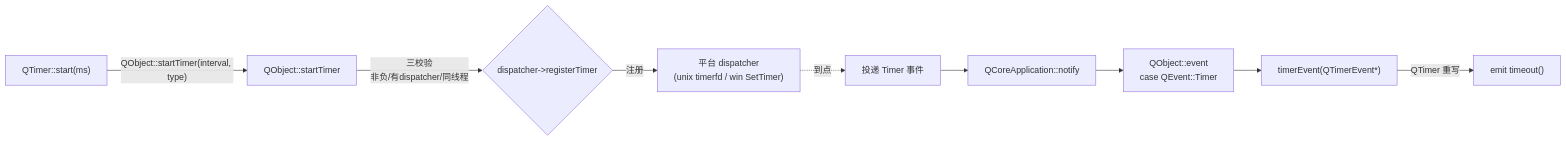
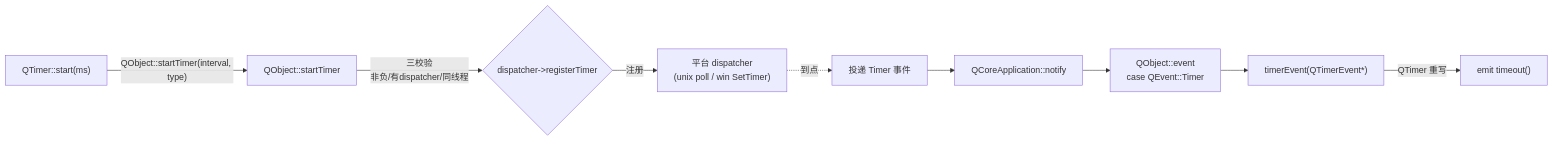
One commit to Awesome-Embedded-Learning-Studio/Tutorial_AwesomeQt changed the diagram in tutorial/expert/01-qtbase/11-qtimer-expert.md. Above: the diagram before and after it, drawn with Mermaid. The commit also changed other lines of this file and 27 other files, not shown here.

````diff
--- a/tutorial/expert/01-qtbase/11-qtimer-expert.md
+++ b/tutorial/expert/01-qtbase/11-qtimer-expert.md
@@ -38,11 +39,11 @@
 ```mermaid
 flowchart LR
     A["QTimer::start(ms)"] -->|"QObject::startTimer(interval, type)"| B["QObject::startTimer"]
     B -->|"三校验<br/>非负/有dispatcher/同线程"| C{"dispatcher->registerTimer"}
-    C -->|注册| D["平台 dispatcher<br/>(unix timerfd / win SetTimer)"]
+    C -->|注册| D["平台 dispatcher<br/>(unix poll / win SetTimer)"]
     D -.到点.-> E["投递 Timer 事件"]
     E --> F["QCoreApplication::notify"]
     F --> G["QObject::event<br/>case QEvent::Timer"]
     G --> H["timerEvent(QTimerEvent*)"]
     H -->|"QTimer 重写"| I["emit timeout()"]
 ```
````
